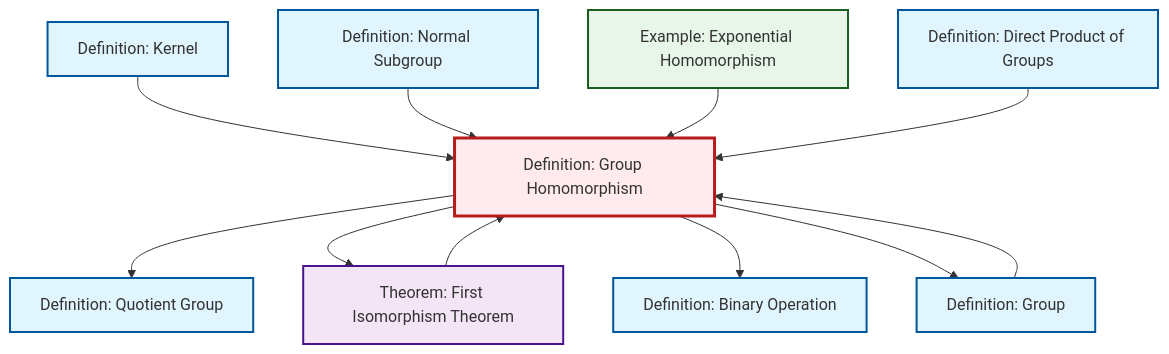
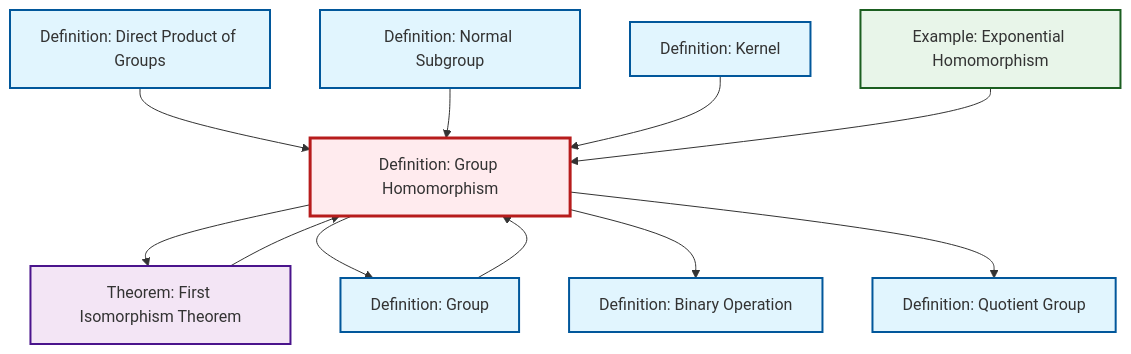
Before and after one commit to RK0429/ModernMath: the diagram in content/ja/algebra/def-homomorphism.qmd, drawn with Mermaid. The commit also changed other lines of this file and 497 other files, not shown here.

````diff
--- a/content/ja/algebra/def-homomorphism.qmd
+++ b/content/ja/algebra/def-homomorphism.qmd
@@ -65,37 +65,37 @@
 ```{mermaid}
 %%| fig-cap: "Local dependency graph"
 graph TD
     classDef definition fill:#e1f5fe,stroke:#01579b,stroke-width:2px
     classDef theorem fill:#f3e5f5,stroke:#4a148c,stroke-width:2px
     classDef axiom fill:#fff3e0,stroke:#e65100,stroke-width:2px
     classDef example fill:#e8f5e9,stroke:#1b5e20,stroke-width:2px
     classDef current fill:#ffebee,stroke:#b71c1c,stroke-width:3px
-    ex-exponential-homomorphism["Example: Exponential Homomorphism"]:::example
-    def-quotient-group["Definition: Quotient Group"]:::definition
     def-normal-subgroup["Definition: Normal Subgroup"]:::definition
-    def-homomorphism["Definition: Group Homomorphism"]:::definition
     thm-first-isomorphism["Theorem: First Isomorphism Theorem"]:::theorem
     def-kernel["Definition: Kernel"]:::definition
+    def-homomorphism["Definition: Group Homomorphism"]:::definition
+    def-quotient-group["Definition: Quotient Group"]:::definition
+    def-binary-operation["Definition: Binary Operation"]:::definition
     def-direct-product["Definition: Direct Product of Groups"]:::definition
     def-group["Definition: Group"]:::definition
-    def-binary-operation["Definition: Binary Operation"]:::definition
-    def-homomorphism --> def-quotient-group
-    def-group --> def-homomorphism
+    ex-exponential-homomorphism["Example: Exponential Homomorphism"]:::example
+    thm-first-isomorphism --> def-homomorphism
     def-homomorphism --> thm-first-isomorphism
-    thm-first-isomorphism --> def-homomorphism
-    def-kernel --> def-homomorphism
-    def-normal-subgroup --> def-homomorphism
-    ex-exponential-homomorphism --> def-homomorphism
-    def-homomorphism --> def-binary-operation
     def-homomorphism --> def-group
     def-direct-product --> def-homomorphism
+    def-group --> def-homomorphism
+    def-normal-subgroup --> def-homomorphism
+    def-homomorphism --> def-binary-operation
+    def-kernel --> def-homomorphism
+    ex-exponential-homomorphism --> def-homomorphism
+    def-homomorphism --> def-quotient-group
     class def-homomorphism current
-    click ex-exponential-homomorphism "ex-exponential-homomorphism.html" "Example: Exponential Homomorphismへ"
-    click def-quotient-group "def-quotient-group.html" "Definition: Quotient Groupへ"
     click def-normal-subgroup "def-normal-subgroup.html" "Definition: Normal Subgroupへ"
     click thm-first-isomorphism "thm-first-isomorphism.html" "Theorem: First Isomorphism Theoremへ"
     click def-kernel "def-kernel.html" "Definition: Kernelへ"
+    click def-quotient-group "def-quotient-group.html" "Definition: Quotient Groupへ"
+    click def-binary-operation "def-binary-operation.html" "Definition: Binary Operationへ"
     click def-direct-product "def-direct-product.html" "Definition: Direct Product of Groupsへ"
     click def-group "def-group.html" "Definition: Groupへ"
-    click def-binary-operation "def-binary-operation.html" "Definition: Binary Operationへ"
+    click ex-exponential-homomorphism "ex-exponential-homomorphism.html" "Example: Exponential Homomorphismへ"
 ```
````
